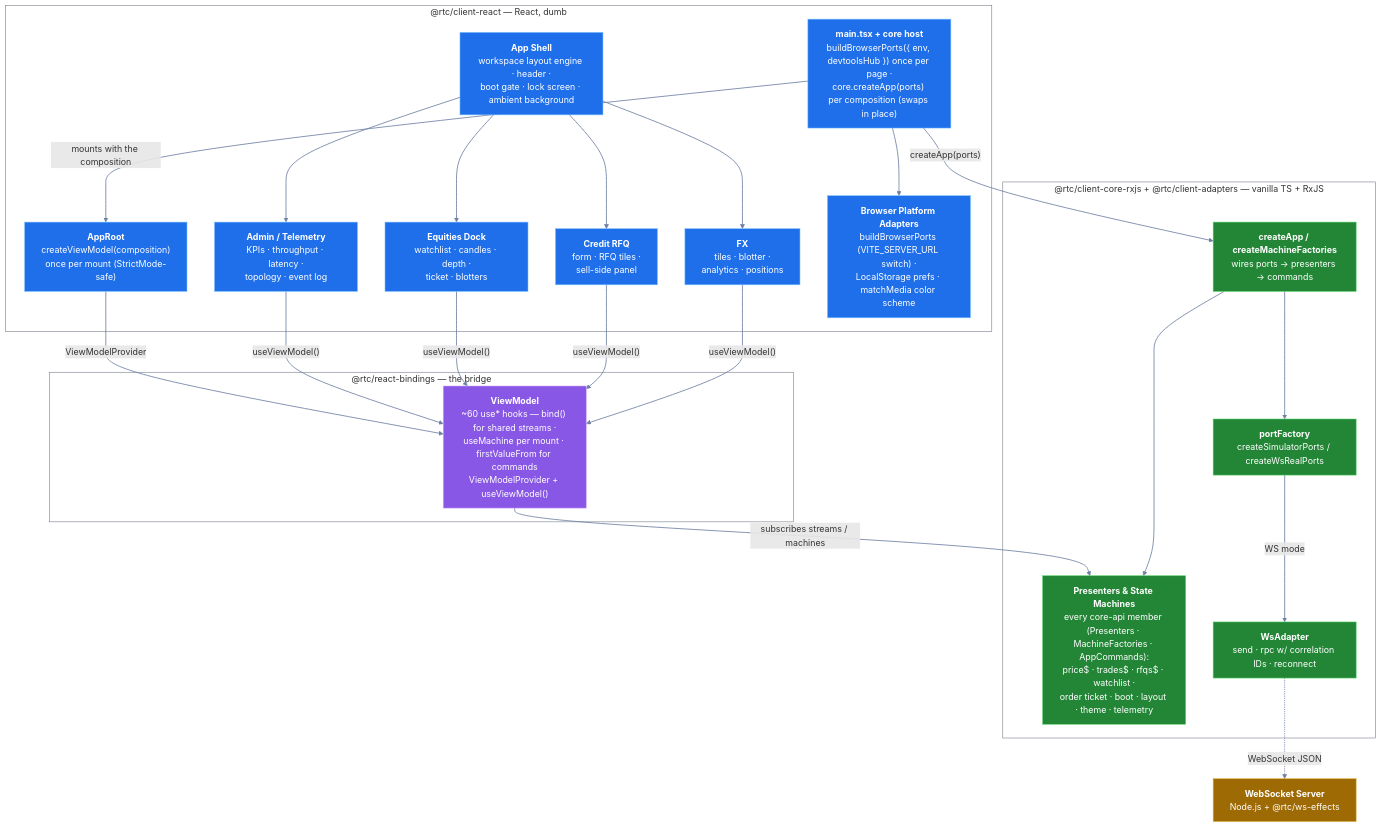
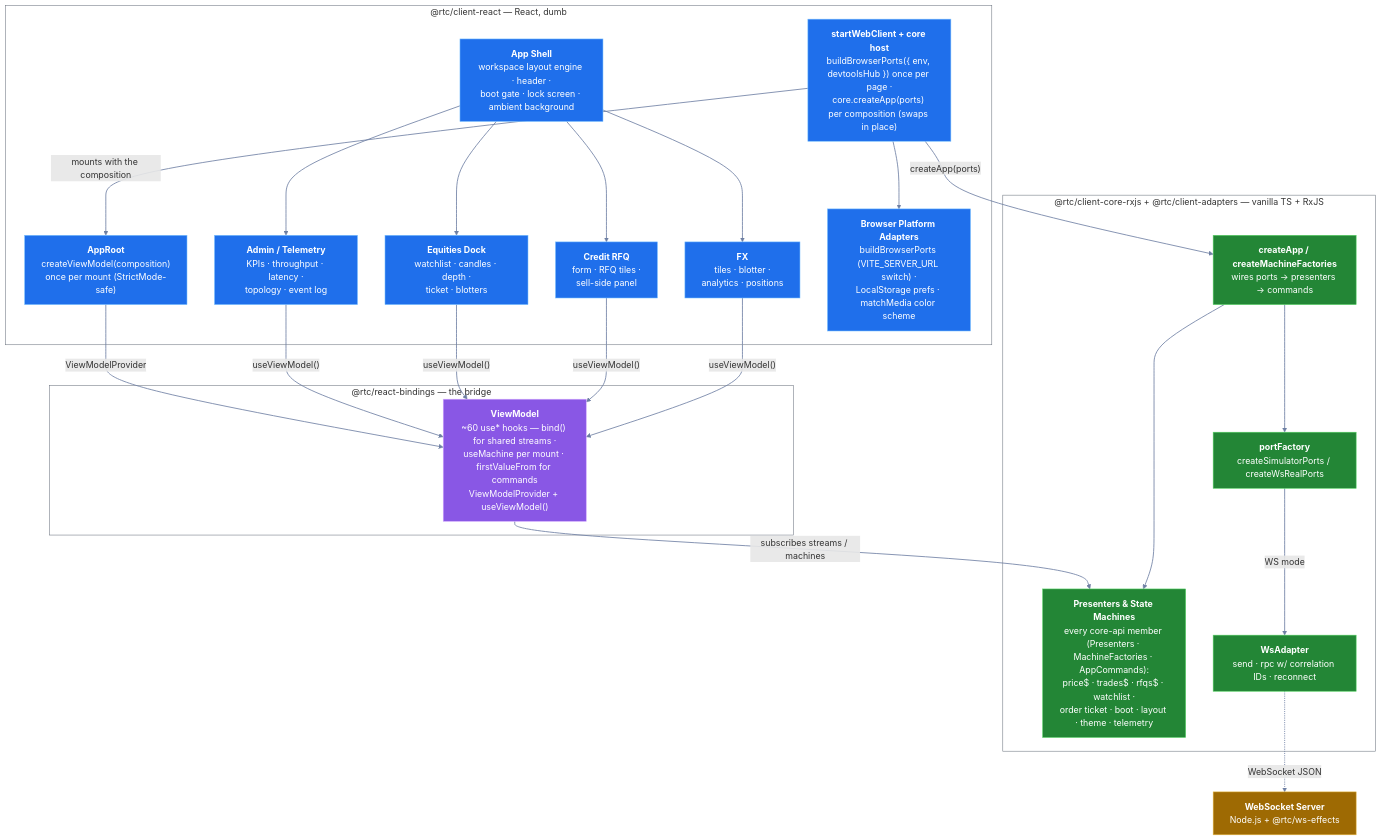
The fourth of 7 diagrams in docs/architecture/02-c4-model.md (bettersoftware-io/ReactiveTraderCloudClone), drawn with Mermaid before and after one commit. The commit also changed other lines of this file and 39 other files, not shown here.

First line of the commit message:
test: one test for both clients' deployed files; docs: startWebClient closes the web-boot workstream

````diff
--- a/docs/architecture/02-c4-model.md
+++ b/docs/architecture/02-c4-model.md
@@ -154,50 +154,50 @@
 ```mermaid
 flowchart TB
     subgraph uiLayer["@rtc/client-react — React, dumb"]
         app["<b>App Shell</b><br/>workspace layout engine · header ·<br/>boot gate · lock screen · ambient background"]:::ui
         fxTiles["<b>FX</b><br/>tiles · blotter ·<br/>analytics · positions"]:::ui
         creditRfq["<b>Credit RFQ</b><br/>form · RFQ tiles ·<br/>sell-side panel"]:::ui
         equities["<b>Equities Dock</b><br/>watchlist · candles · depth ·<br/>ticket · blotters"]:::ui
         admin["<b>Admin / Telemetry</b><br/>KPIs · throughput · latency ·<br/>topology · event log"]:::ui
-        coreHost["<b>main.tsx + core host</b><br/>buildBrowserPorts({ env, devtoolsHub }) once per page ·<br/>core.createApp(ports) per composition (swaps in place)"]:::ui
+        coreHost["<b>startWebClient + core host</b><br/>buildBrowserPorts({ env, devtoolsHub }) once per page ·<br/>core.createApp(ports) per composition (swaps in place)"]:::ui
         appRoot["<b>AppRoot</b><br/>createViewModel(composition)<br/>once per mount (StrictMode-safe)"]:::ui
         browserAdapters["<b>Browser Platform Adapters</b><br/>buildBrowserPorts (VITE_SERVER_URL switch) ·<br/>LocalStorage prefs · matchMedia color scheme"]:::ui
         app --> fxTiles
         app --> creditRfq
         app --> equities
         app --> admin
     end
 
     subgraph bindingsLayer["@rtc/react-bindings — the bridge"]
         viewModel["<b>ViewModel</b><br/>~60 use* hooks — bind() for shared streams ·<br/>useMachine per mount · firstValueFrom for commands<br/>ViewModelProvider + useViewModel()"]:::bridge
     end
 
     subgraph coreLayer["@rtc/client-core-rxjs + @rtc/client-adapters — vanilla TS + RxJS"]
         composition["<b>createApp / createMachineFactories</b><br/>wires ports → presenters → commands"]:::core
         presenters["<b>Presenters & State Machines</b><br/>every core-api member (Presenters · MachineFactories · AppCommands):<br/>price$ · trades$ · rfqs$ · watchlist ·<br/>order ticket · boot · layout · theme · telemetry"]:::core
         portFactory["<b>portFactory</b><br/>createSimulatorPorts / createWsRealPorts"]:::core
         wsAdapter["<b>WsAdapter</b><br/>send · rpc w/ correlation IDs · reconnect"]:::core
         composition --> presenters
         composition --> portFactory
         portFactory -->|"WS mode"| wsAdapter
     end
 
     server["<b>WebSocket Server</b><br/>Node.js + @rtc/ws-effects"]:::server
 
     fxTiles & creditRfq & equities & admin -->|"useViewModel()"| viewModel
     coreHost --> browserAdapters
     coreHost -->|"createApp(ports)"| composition
     coreHost -->|"mounts with the composition"| appRoot
     appRoot -->|"ViewModelProvider"| viewModel
     viewModel -->|"subscribes streams / machines"| presenters
     wsAdapter -. WebSocket JSON .-> server
 
     classDef ui     fill:#1f6feb,stroke:#79c0ff,color:#ffffff
     classDef bridge fill:#8957e5,stroke:#d2a8ff,color:#ffffff
     classDef core   fill:#238636,stroke:#56d364,color:#ffffff
     classDef server fill:#9e6a03,stroke:#e3b341,color:#ffffff
     style uiLayer fill:transparent,stroke:#6e7681
     style bindingsLayer fill:transparent,stroke:#6e7681
     style coreLayer fill:transparent,stroke:#6e7681
     linkStyle default stroke:#6e7fa3,stroke-width:1.5px
 ```
````
